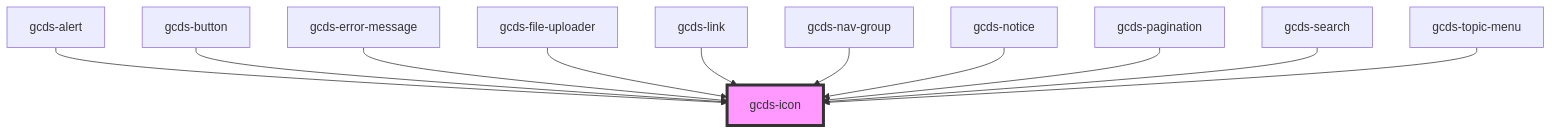
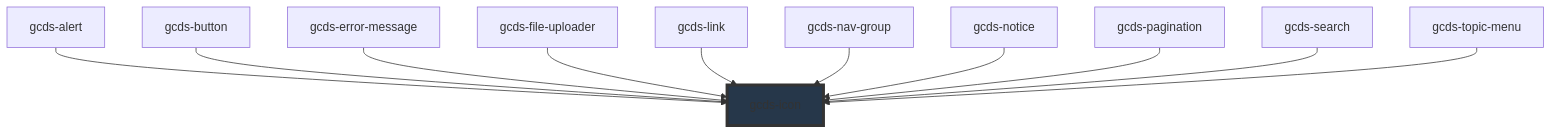
Before and after one commit to cds-snc/gcds-components: the diagram in packages/web/src/components/gcds-icon/readme.md, drawn with Mermaid. The commit also changed 44 other files, not shown here.

````diff
--- a/packages/web/src/components/gcds-icon/readme.md
+++ b/packages/web/src/components/gcds-icon/readme.md
@@ -35,14 +35,14 @@
 ```mermaid
 graph TD;
   gcds-alert --> gcds-icon
   gcds-button --> gcds-icon
   gcds-error-message --> gcds-icon
   gcds-file-uploader --> gcds-icon
   gcds-link --> gcds-icon
   gcds-nav-group --> gcds-icon
   gcds-notice --> gcds-icon
   gcds-pagination --> gcds-icon
   gcds-search --> gcds-icon
   gcds-topic-menu --> gcds-icon
-  style gcds-icon fill:#f9f,stroke:#333,stroke-width:4px
+  style gcds-icon fill:#26374a,stroke:#333,stroke-width:4px
 ```
````
